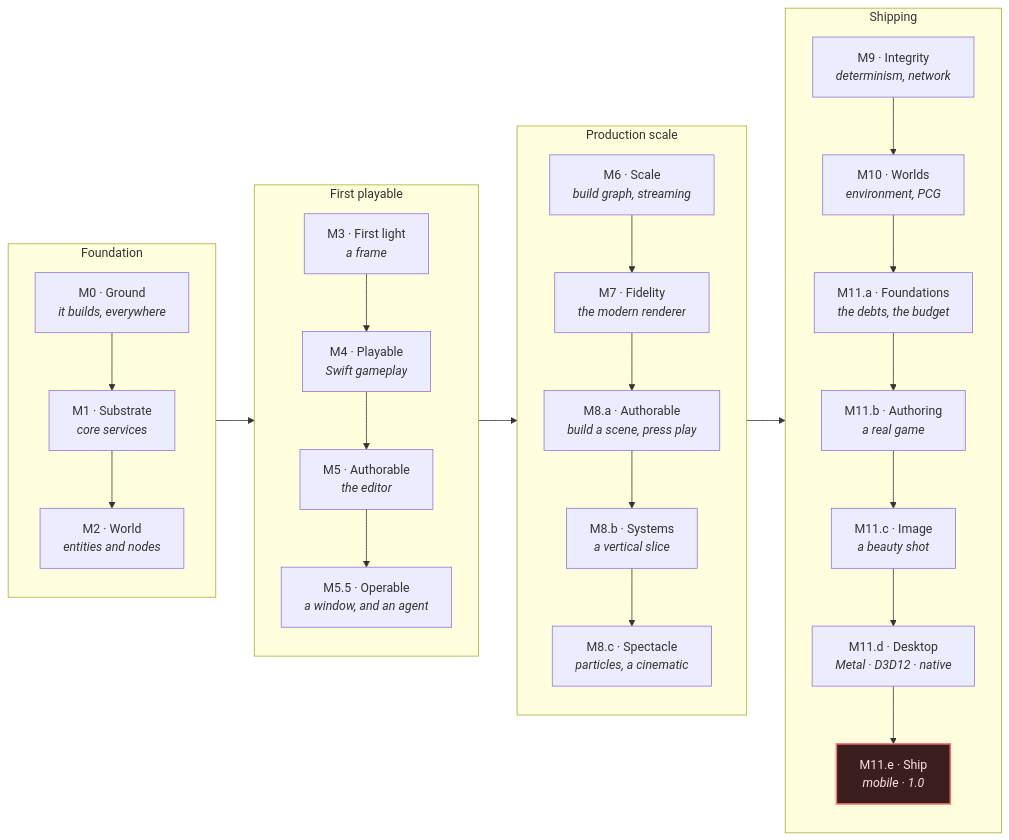
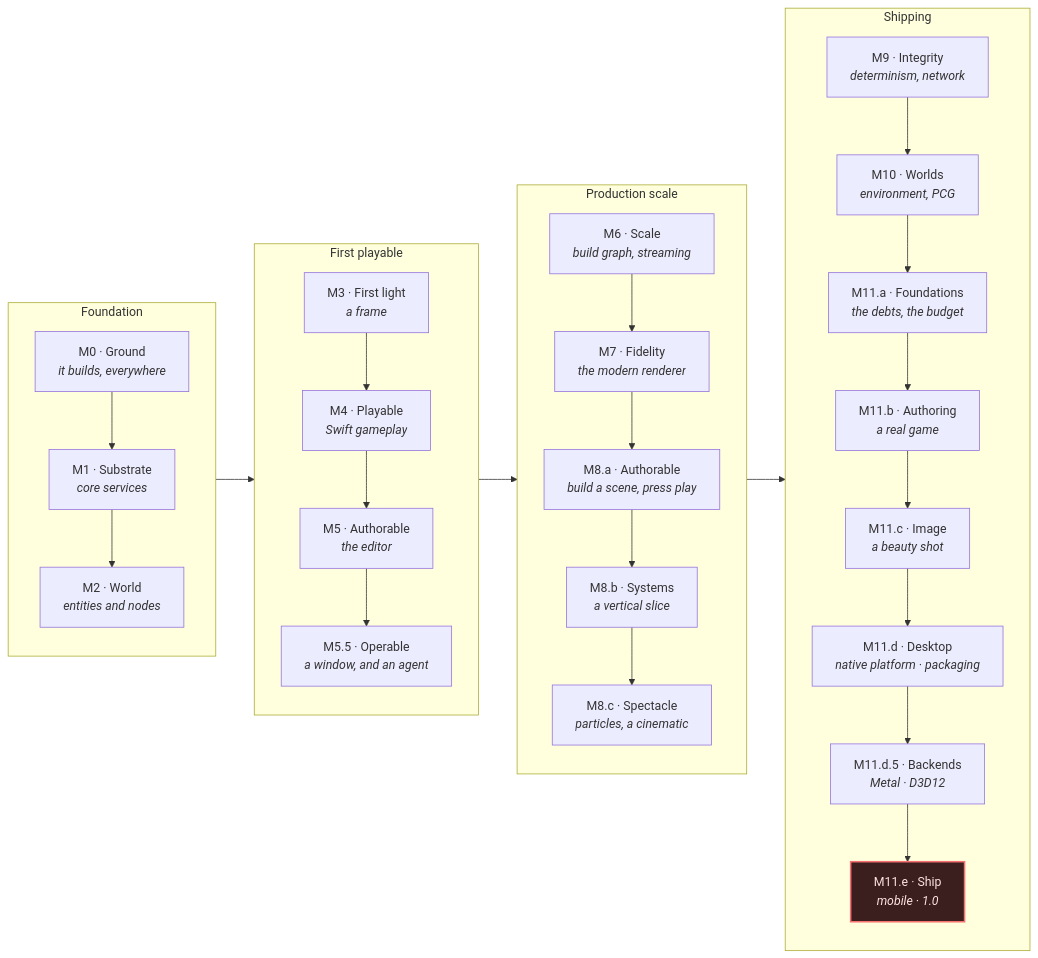
Before and after one commit to CyberdyneCorp/CyberdyneEngine: the diagram in docs/ROADMAP.md, drawn with Mermaid. The commit also changed other lines of this file and 104 other files, not shown here.

````diff
--- a/docs/ROADMAP.md
+++ b/docs/ROADMAP.md
@@ -39,44 +45,45 @@
 ```mermaid
 flowchart LR
     subgraph F["Foundation"]
         direction TB
         M0["M0 · Ground<br/><i>it builds, everywhere</i>"]
         M1["M1 · Substrate<br/><i>core services</i>"]
         M2["M2 · World<br/><i>entities and nodes</i>"]
         M0 --> M1 --> M2
     end
     subgraph P["First playable"]
         direction TB
         M3["M3 · First light<br/><i>a frame</i>"]
         M4["M4 · Playable<br/><i>Swift gameplay</i>"]
         M5["M5 · Authorable<br/><i>the editor</i>"]
         M5B["M5.5 · Operable<br/><i>a window, and an agent</i>"]
         M3 --> M4 --> M5 --> M5B
     end
     subgraph S["Production scale"]
         direction TB
         M6["M6 · Scale<br/><i>build graph, streaming</i>"]
         M7["M7 · Fidelity<br/><i>the modern renderer</i>"]
         M8A["M8.a · Authorable<br/><i>build a scene, press play</i>"]
         M8B["M8.b · Systems<br/><i>a vertical slice</i>"]
         M8C["M8.c · Spectacle<br/><i>particles, a cinematic</i>"]
         M6 --> M7 --> M8A --> M8B --> M8C
     end
     subgraph SH["Shipping"]
         direction TB
         M9["M9 · Integrity<br/><i>determinism, network</i>"]
         M10["M10 · Worlds<br/><i>environment, PCG</i>"]
         M11A["M11.a · Foundations<br/><i>the debts, the budget</i>"]
         M11B["M11.b · Authoring<br/><i>a real game</i>"]
         M11C["M11.c · Image<br/><i>a beauty shot</i>"]
-        M11D["M11.d · Desktop<br/><i>Metal · D3D12 · native</i>"]
+        M11D["M11.d · Desktop<br/><i>native platform · packaging</i>"]
+        M11D5["M11.d.5 · Backends<br/><i>Metal · D3D12</i>"]
         M11E["M11.e · Ship<br/><i>mobile · 1.0</i>"]
-        M9 --> M10 --> M11A --> M11B --> M11C --> M11D --> M11E
+        M9 --> M10 --> M11A --> M11B --> M11C --> M11D --> M11D5 --> M11E
     end
     M2 --> M3
     M5B --> M6
     M8C --> M9
 
     classDef gate fill:#3b1f1f,stroke:#f87171,stroke-width:2px,color:#fee2e2
     class M11E gate
 ```
````
